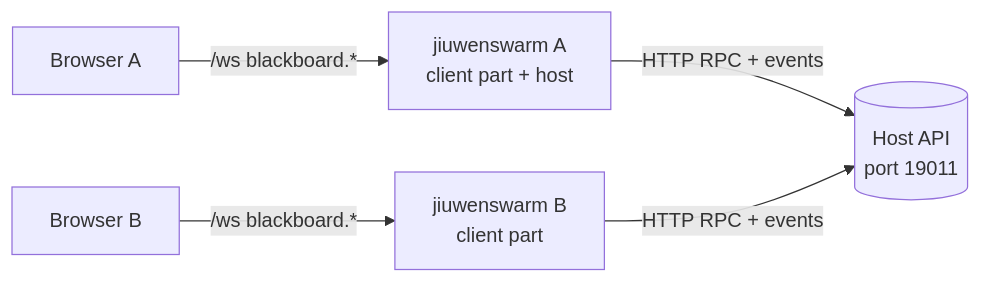
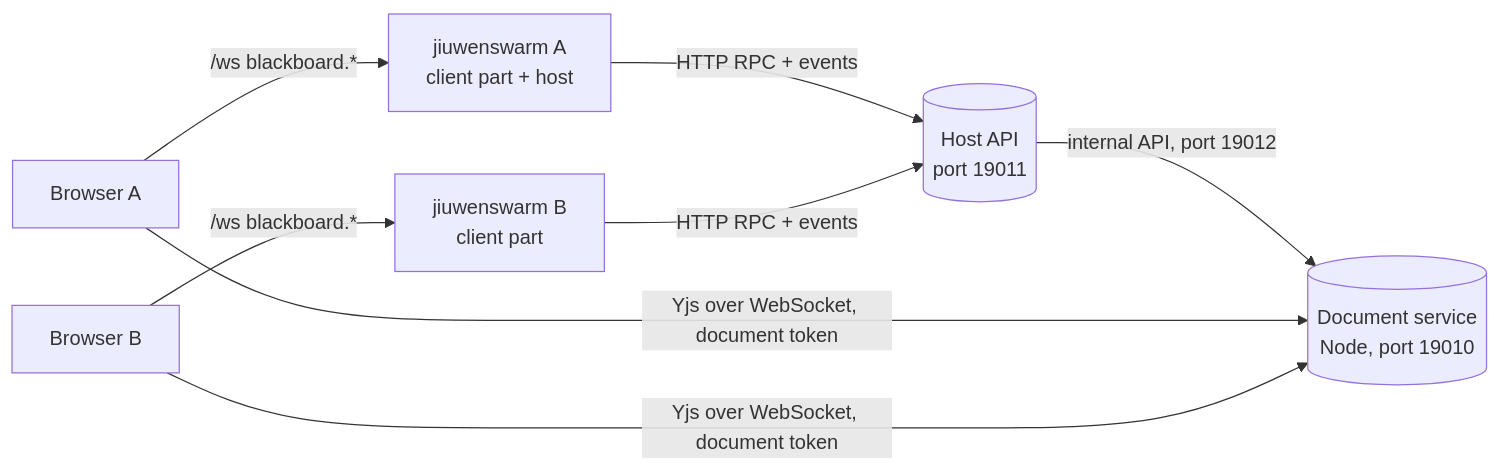
Before and after one commit to agtai/jiuwenswarm: the diagram in jiuwenswarm/extensions/blackboard/docs/README.md, drawn with Mermaid. The commit also changed other lines of this file and 102 other files, not shown here.

````diff
--- a/jiuwenswarm/extensions/blackboard/docs/README.md
+++ b/jiuwenswarm/extensions/blackboard/docs/README.md
@@ -5,7 +5,10 @@
 ```mermaid
 flowchart LR
     B1[Browser A] -->|/ws blackboard.*| C1[jiuwenswarm A<br/>client part + host]
     B2[Browser B] -->|/ws blackboard.*| C2[jiuwenswarm B<br/>client part]
     C1 -->|HTTP RPC + events| H[(Host API<br/>port 19011)]
     C2 -->|HTTP RPC + events| H
+    H -->|internal API, port 19012| D[(Document service<br/>Node, port 19010)]
+    B1 -->|Yjs over WebSocket, document token| D
+    B2 -->|Yjs over WebSocket, document token| D
 ```
````
